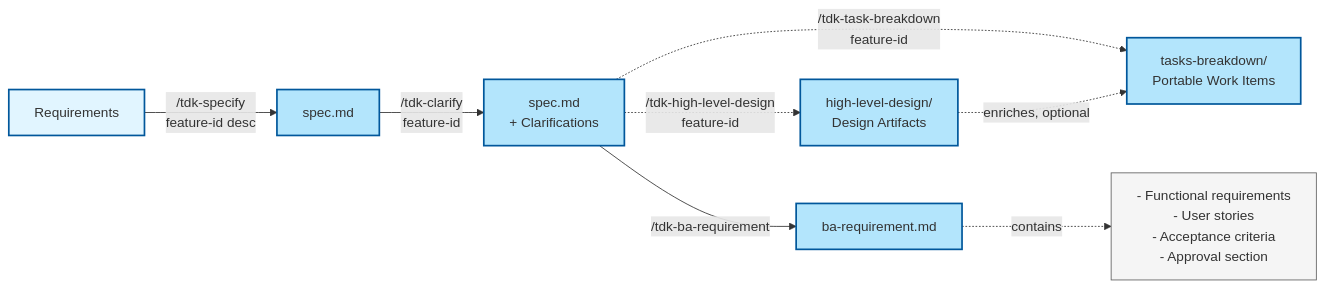
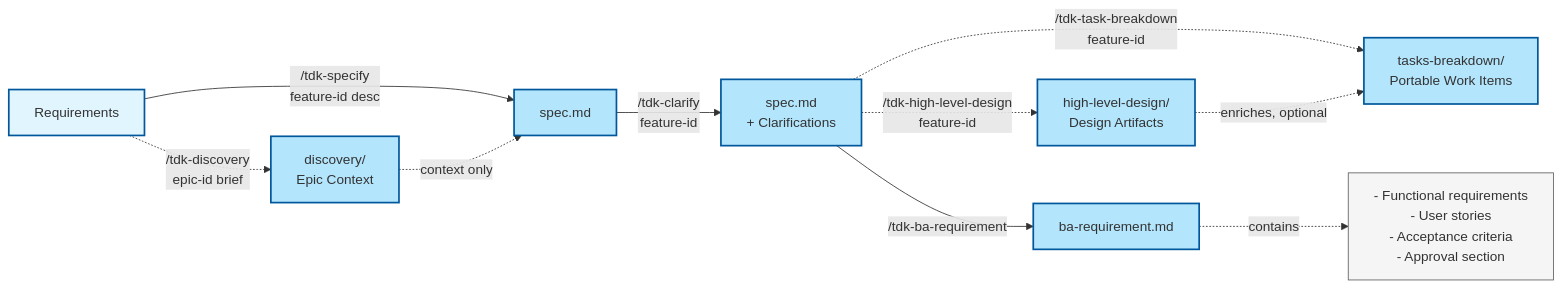
One commit to vinhltt/tdk changed the second of 8 diagrams in .specify/docs/guides/document-flow.md. Above: the diagram before and after it, drawn with Mermaid. The commit also changed other lines of this file and 35 other files, not shown here.

````diff
--- a/.specify/docs/guides/document-flow.md
+++ b/.specify/docs/guides/document-flow.md
@@ -71,26 +77,29 @@
 ```mermaid
 flowchart LR
     REQ[Requirements]
+    DISCOVERY[discovery/<br/>Epic Context]
     SPEC[spec.md]
     SPEC_CLAR[spec.md<br/>+ Clarifications]
     HLD[high-level-design/<br/>Design Artifacts]
     TASKS[tasks-breakdown/<br/>Portable Work Items]
     BA_REQ[ba-requirement.md]
 
+    REQ -.->|"/tdk-discovery<br/>epic-id brief"| DISCOVERY
     REQ -->|"/tdk-specify<br/>feature-id desc"| SPEC
+    DISCOVERY -.->|"context only"| SPEC
     SPEC -->|"/tdk-clarify<br/>feature-id"| SPEC_CLAR
     SPEC_CLAR -.->|"/tdk-high-level-design<br/>feature-id"| HLD
     SPEC_CLAR -.->|"/tdk-task-breakdown<br/>feature-id"| TASKS
     HLD -.->|"enriches, optional"| TASKS
     SPEC_CLAR -->|"/tdk-ba-requirement"| BA_REQ
 
     BA_REQ -.->|contains| CONTENT["- Functional requirements<br/>- User stories<br/>- Acceptance criteria<br/>- Approval section"]
 
     classDef input fill:#e1f5ff,stroke:#01579b,stroke-width:2px
     classDef output fill:#b3e5fc,stroke:#01579b,stroke-width:2px
     classDef note fill:#f5f5f5,stroke:#616161,stroke-width:1px
 
     class REQ input
-    class SPEC,SPEC_CLAR,HLD,TASKS,BA_REQ output
+    class DISCOVERY,SPEC,SPEC_CLAR,HLD,TASKS,BA_REQ output
     class CONTENT note
 ```
````
